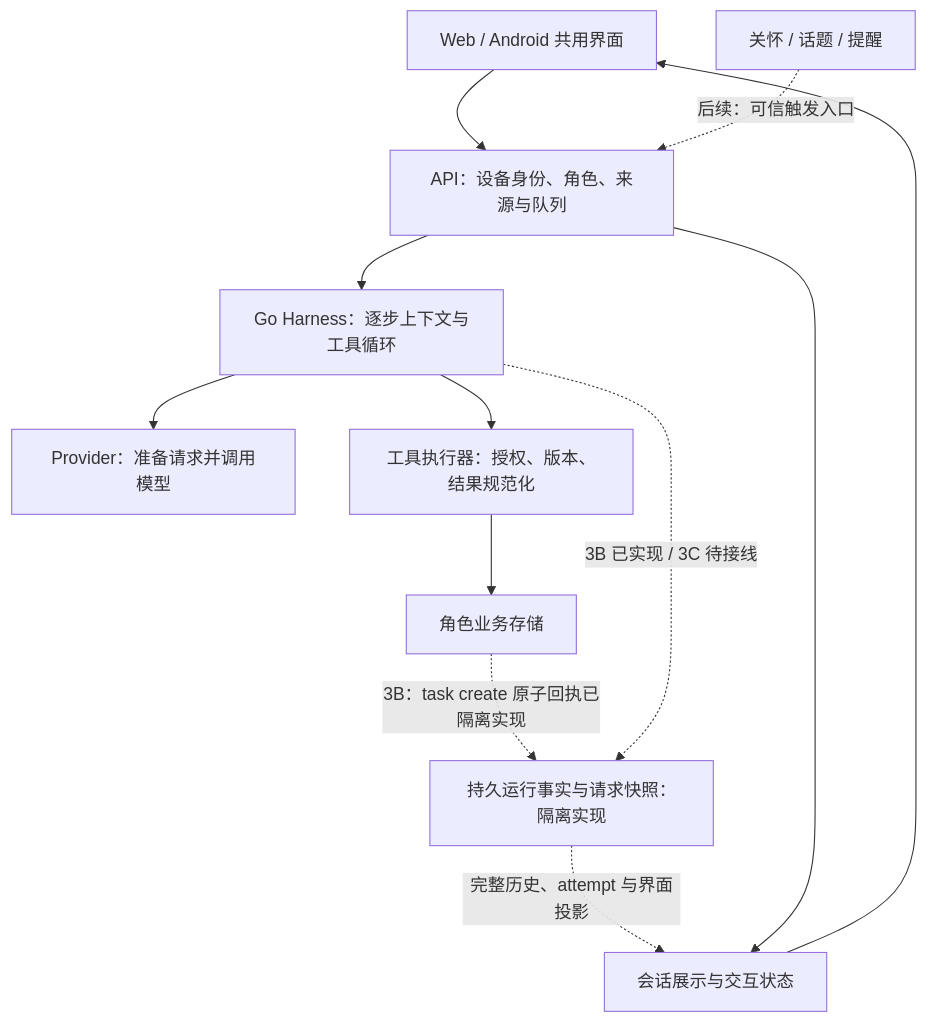
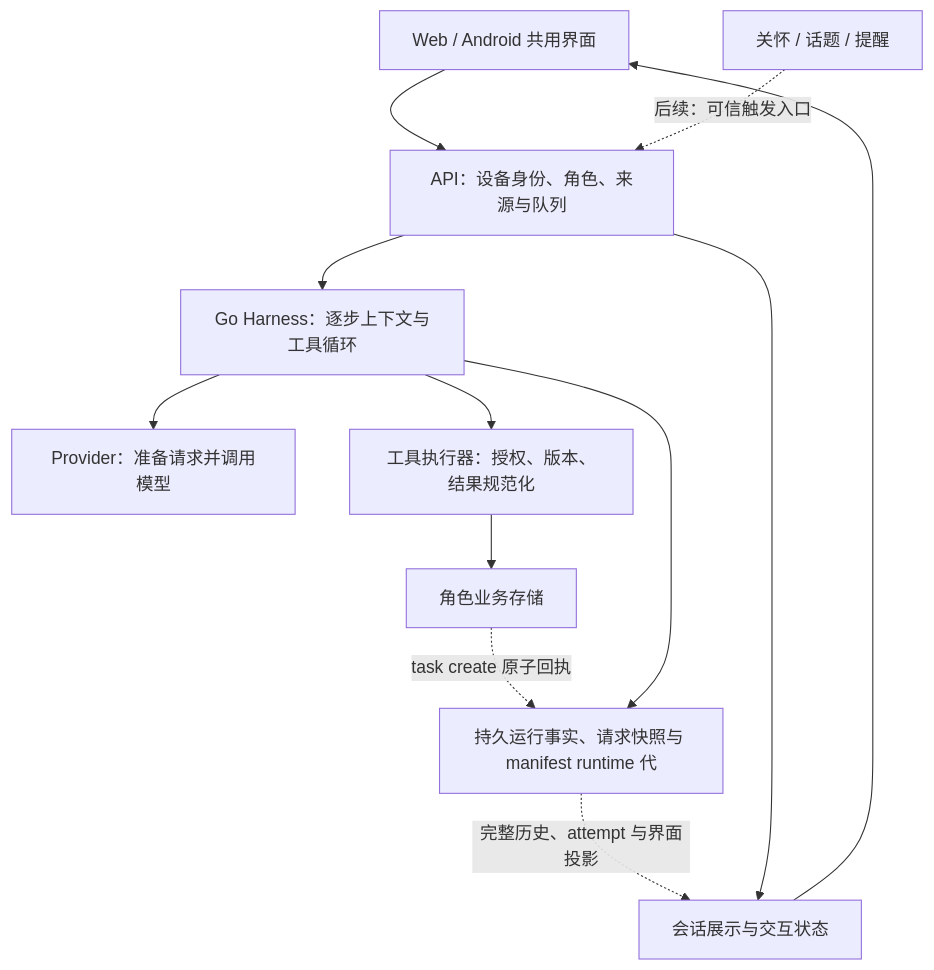
One commit to Syl12340/chat-agent changed the diagram in docs/architecture-roadmap-2026-11.md. Above: the diagram before and after it, drawn with Mermaid. The commit also changed other lines of this file and 20 other files, not shown here.

````diff
--- a/docs/architecture-roadmap-2026-11.md
+++ b/docs/architecture-roadmap-2026-11.md
@@ -39,14 +39,14 @@
 ```mermaid
 flowchart TD
     W[Web / Android 共用界面] --> A[API：设备身份、角色、来源与队列]
     T[关怀 / 话题 / 提醒] -. "后续：可信触发入口" .-> A
     A --> H[Go Harness：逐步上下文与工具循环]
     H --> P[Provider：准备请求并调用模型]
     H --> X[工具执行器：授权、版本、结果规范化]
     X --> B[角色业务存储]
-    B -. "3B：task create 原子回执已隔离实现" .-> R[持久运行事实与请求快照：隔离实现]
-    H -. "3B 已实现 / 3C 待接线" .-> R
+    B -. "task create 原子回执" .-> R[持久运行事实、请求快照与 manifest runtime 代]
+    H --> R
     R -. "完整历史、attempt 与界面投影" .-> V[会话展示与交互状态]
     A --> V
     V --> W
 ```
````
